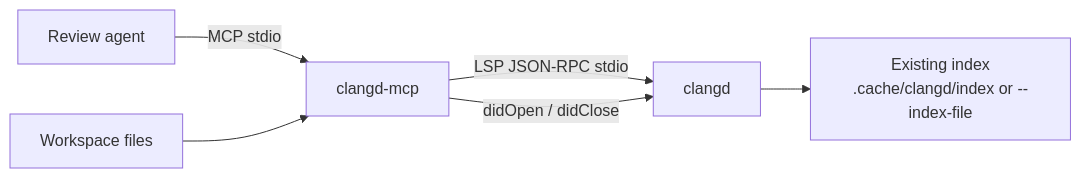
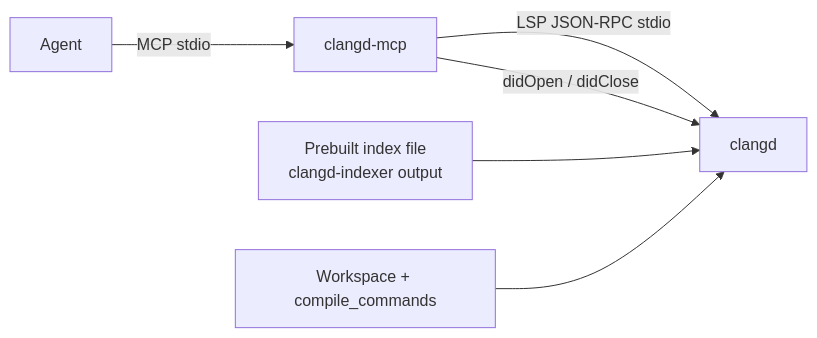
Before and after one commit to pkp124/clangd-mcp: the diagram in PLAN.md, drawn with Mermaid. The commit also changed other lines of this file and 1 other file, not shown here.

First line of the commit message:
Narrow the plan to a clangd query interface over a static index.

````diff
--- a/PLAN.md
+++ b/PLAN.md
@@ -66,8 +89,8 @@
 ```mermaid
 flowchart LR
-  Agent["Review agent"] -->|"MCP stdio"| MCP["clangd-mcp"]
+  Agent["Agent"] -->|"MCP stdio"| MCP["clangd-mcp"]
   MCP -->|"LSP JSON-RPC stdio"| Clangd["clangd"]
-  Clangd --> Index["Existing index<br/>.cache/clangd/index or --index-file"]
-  Disk["Workspace files"] --> MCP
+  Index["Prebuilt index file<br/>clangd-indexer output"] --> Clangd
+  WS["Workspace + compile_commands"] --> Clangd
   MCP -->|"didOpen / didClose"| Clangd
 ```
````
